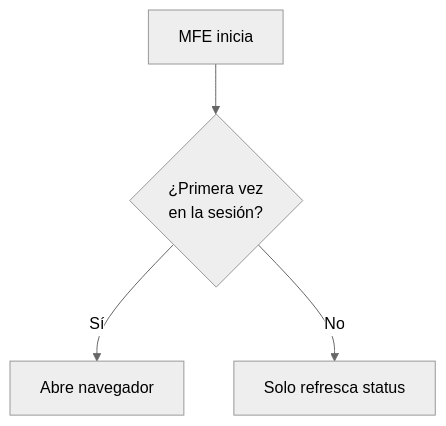
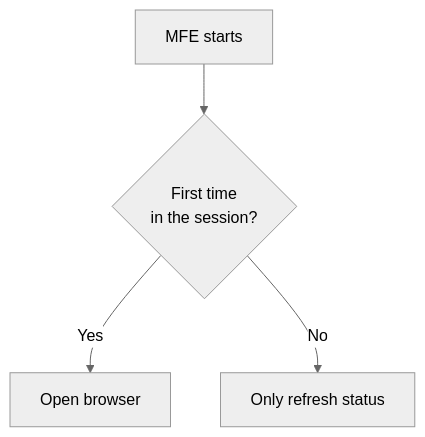
The fourth of 5 diagrams in docs/architecture.md (EKOU-Solutions/ekou-devtools), drawn with Mermaid (neutral theme) before and after one commit. The commit also changed other lines of this file and 1 other file, not shown here.

First line of the commit message:
docs: translate architecture and README to English

````diff
--- a/docs/architecture.md
+++ b/docs/architecture.md
@@ -124,11 +124,11 @@
 ```mermaid
 flowchart TD
-    start["MFE inicia"]
-    check{¿Primera vez\nen la sesión?}
-    open["Abre navegador"]
-    refresh["Solo refresca status"]
+    start["MFE starts"]
+    check{First time\nin the session?}
+    open["Open browser"]
+    refresh["Only refresh status"]
 
     start --> check
-    check -- Sí --> open
+    check -- Yes --> open
     check -- No --> refresh
 ```
````
